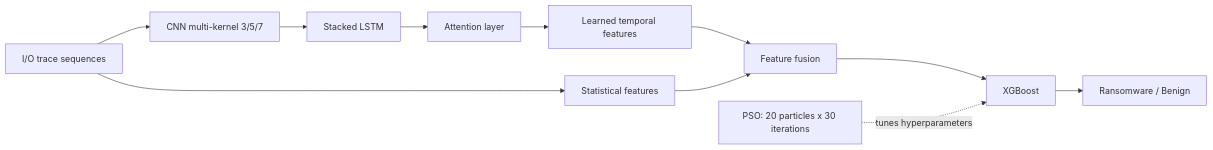
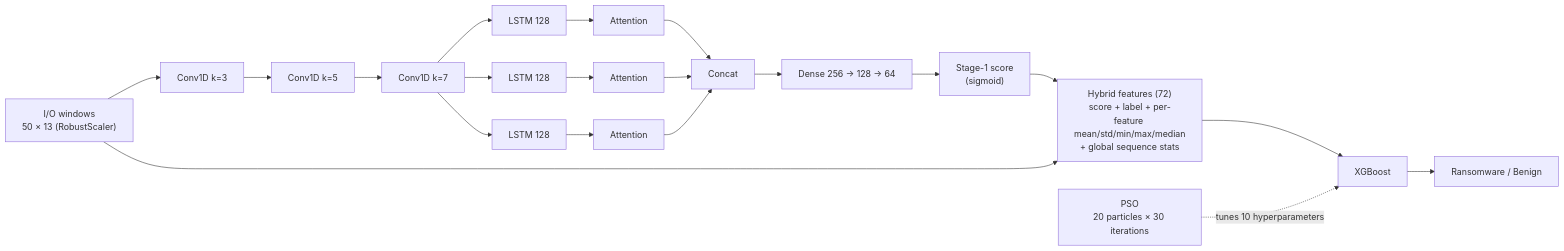
The diagram in README.md (kebbas-Houssam/hybrid-ransomware-detection), drawn with Mermaid before and after one commit. The commit also changed other lines of this file, not shown here.

````diff
--- a/README.md
+++ b/README.md
@@ -18,13 +26,13 @@
 ```mermaid
 flowchart LR
-    A[I/O trace sequences] --> B[CNN multi-kernel 3/5/7]
-    B --> C[Stacked LSTM]
-    C --> D[Attention layer]
-    D --> E[Learned temporal features]
-    A --> F[Statistical features]
-    E --> G[Feature fusion]
-    F --> G
-    G --> H[XGBoost]
-    P[PSO: 20 particles x 30 iterations] -. tunes hyperparameters .-> H
-    H --> I[Ransomware / Benign]
+    A["I/O windows<br/>50 × 13 (RobustScaler)"] --> C1["Conv1D k=3"] --> C2["Conv1D k=5"] --> C3["Conv1D k=7"]
+    C3 --> L1["LSTM 128"] --> T1["Attention"]
+    C3 --> L2["LSTM 128"] --> T2["Attention"]
+    C3 --> L3["LSTM 128"] --> T3["Attention"]
+    T1 & T2 & T3 --> CC["Concat"] --> D["Dense 256 → 128 → 64"] --> P["Stage-1 score<br/>(sigmoid)"]
+    P --> H["Hybrid features (72)<br/>score + label + per-feature mean/std/min/max/median<br/>+ global sequence stats"]
+    A --> H
+    H --> X["XGBoost"]
+    PSO["PSO<br/>20 particles × 30 iterations"] -. "tunes 10 hyperparameters" .-> X
+    X --> Y["Ransomware / Benign"]
 ```
````
